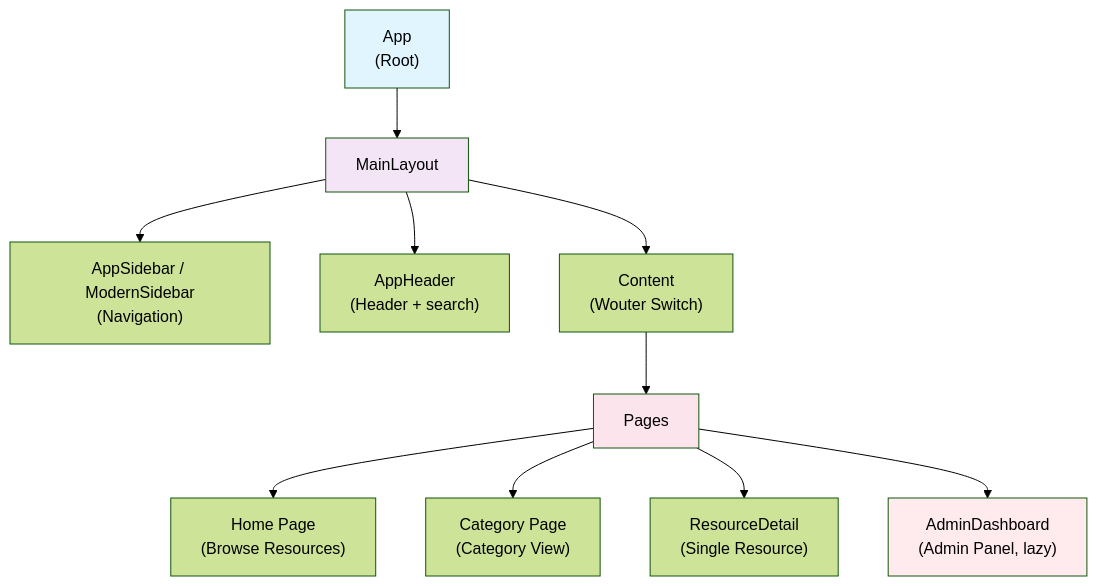
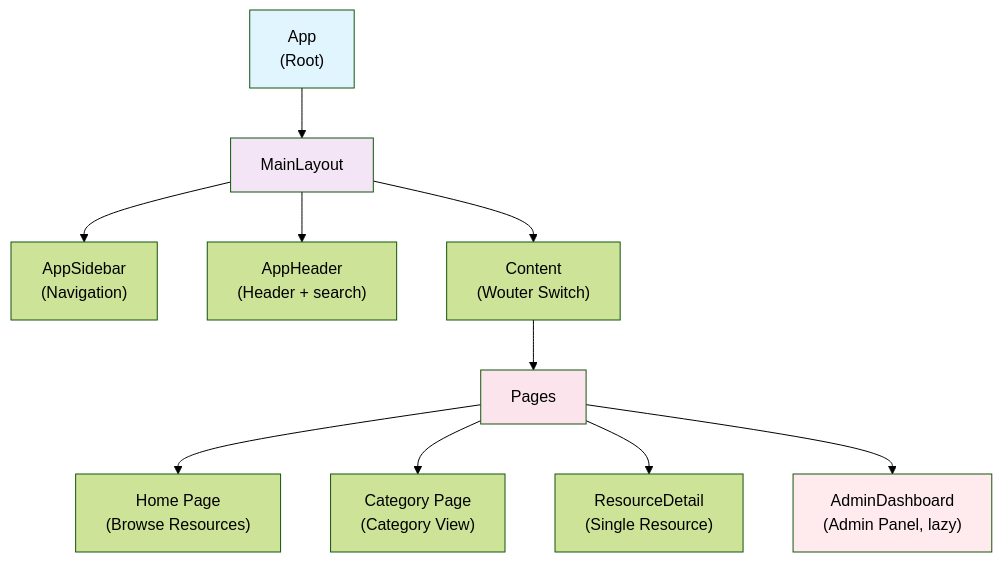
Before and after one commit to krzemienski/awesome-list-site: the third of 7 diagrams in docs/ARCHITECTURE.md, drawn with Mermaid (forest theme). The commit also changed 3 other files, not shown here.

First line of the commit message:
Task #231: Remove leftover unused ModernSidebar dead code

````diff
--- a/docs/ARCHITECTURE.md
+++ b/docs/ARCHITECTURE.md
@@ -246,29 +246,29 @@
 ```mermaid
 graph TD
     App["App<br/>(Root)"]
     MainLayout["MainLayout"]
-    AppSidebar["AppSidebar / ModernSidebar<br/>(Navigation)"]
+    AppSidebar["AppSidebar<br/>(Navigation)"]
     AppHeader["AppHeader<br/>(Header + search)"]
     Content["Content<br/>(Wouter Switch)"]
     Pages["Pages"]
 
     Home["Home Page<br/>(Browse Resources)"]
     Category["Category Page<br/>(Category View)"]
     ResourceDetail["ResourceDetail<br/>(Single Resource)"]
     AdminDash["AdminDashboard<br/>(Admin Panel, lazy)"]
 
     App --> MainLayout
     MainLayout --> AppSidebar
     MainLayout --> AppHeader
     MainLayout --> Content
     Content --> Pages
     Pages --> Home
     Pages --> Category
     Pages --> ResourceDetail
     Pages --> AdminDash
 
     style App fill:#e1f5ff
     style MainLayout fill:#f3e5f5
     style Pages fill:#fce4ec
     style AdminDash fill:#ffebee
 ```
````
